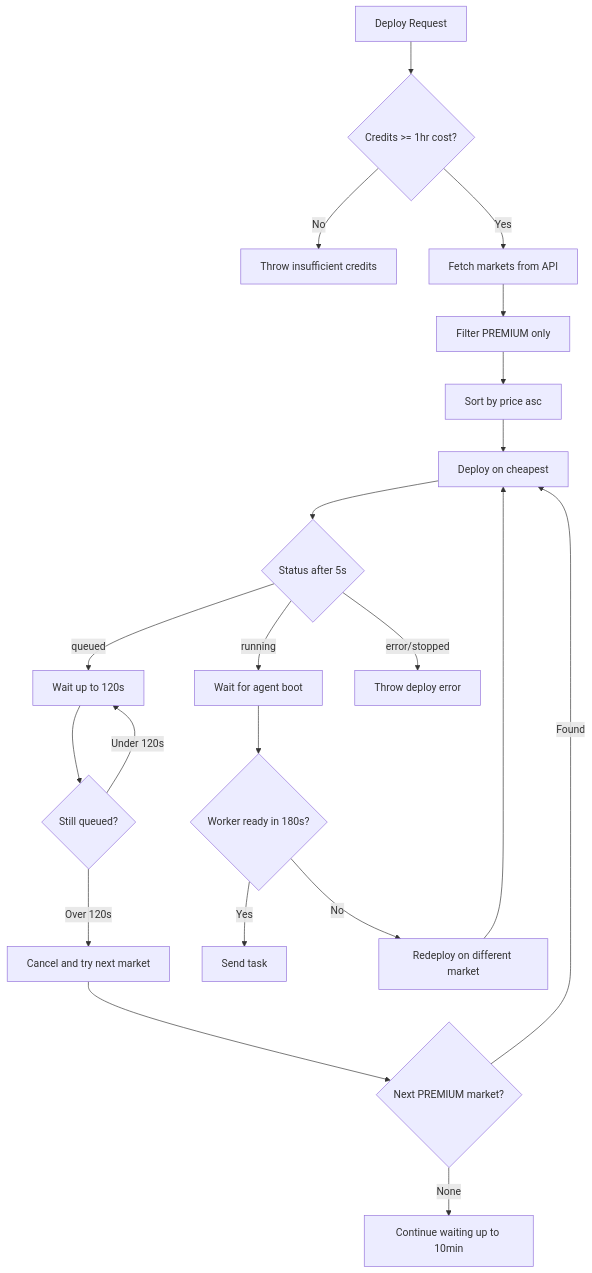
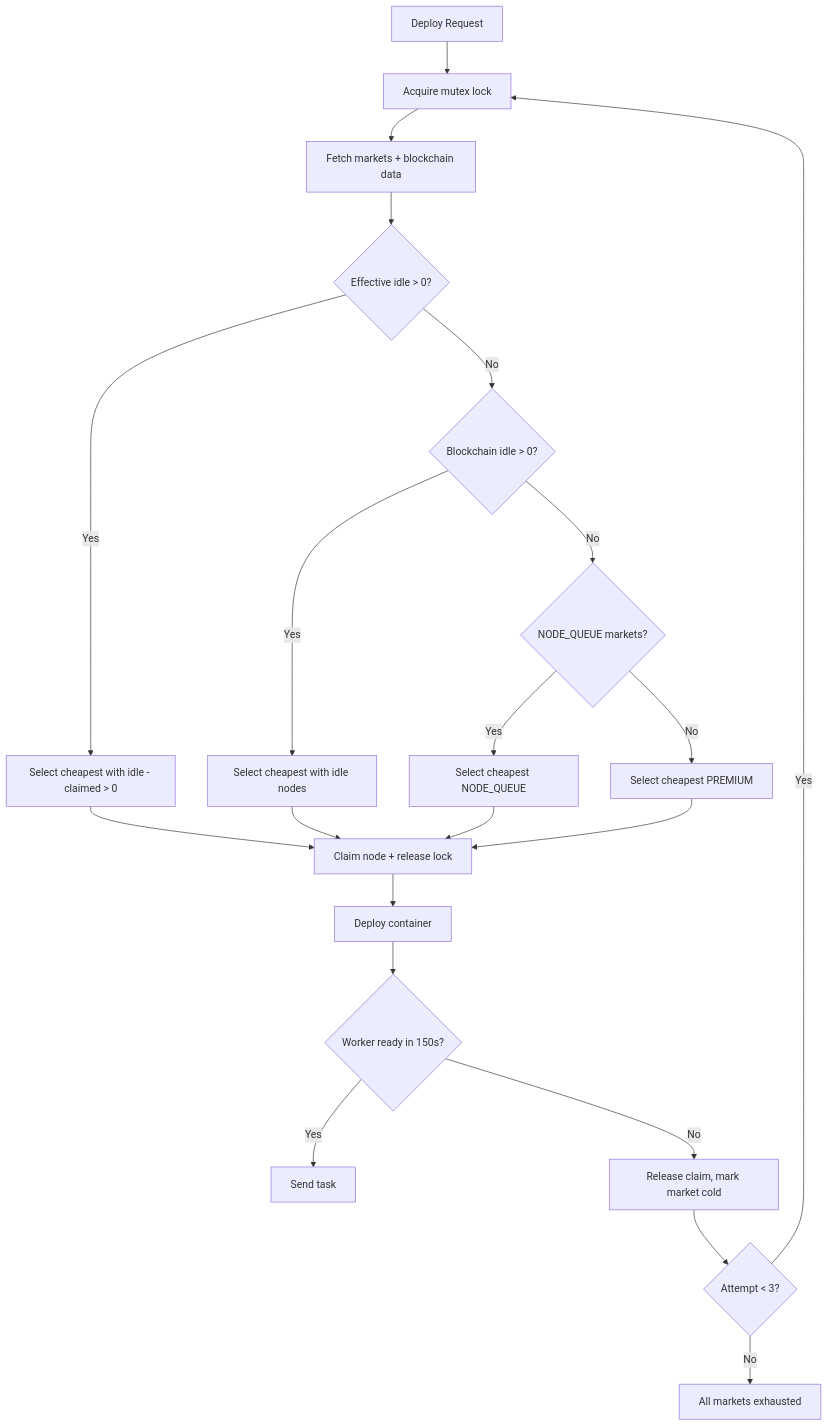
Before and after one commit to Andy00L/agent-challenge-4: the fifth of 5 diagrams in README.md, drawn with Mermaid. The commit also changed other lines of this file and 9 other files, not shown here.

````diff
--- a/README.md
+++ b/README.md
@@ -160,23 +193,23 @@
 ```mermaid
 flowchart TD
-    Start[Deploy Request] --> Credit{Credits >= 1hr cost?}
-    Credit -->|No| Fail[Throw insufficient credits]
-    Credit -->|Yes| Fetch[Fetch markets from API]
-    Fetch --> Filter[Filter PREMIUM only]
-    Filter --> Sort[Sort by price asc]
-    Sort --> Deploy[Deploy on cheapest]
-    Deploy --> Check{Status after 5s}
-    Check -->|running| Ready[Wait for agent boot]
-    Check -->|queued| QueueWait[Wait up to 120s]
-    Check -->|error/stopped| DeployFail[Throw deploy error]
-    QueueWait --> StillQ{Still queued?}
-    StillQ -->|Under 120s| QueueWait
-    StillQ -->|Over 120s| Cancel[Cancel and try next market]
-    Cancel --> NextMarket{Next PREMIUM market?}
-    NextMarket -->|Found| Deploy
-    NextMarket -->|None| KeepWaiting[Continue waiting up to 10min]
-    Ready --> Boot{Worker ready in 180s?}
+    Start[Deploy Request] --> Lock[Acquire mutex lock]
+    Lock --> Fetch[Fetch markets + blockchain data]
+    Fetch --> P1{Effective idle > 0?}
+    P1 -->|Yes| Pick1[Select cheapest with idle - claimed > 0]
+    P1 -->|No| P2{Blockchain idle > 0?}
+    P2 -->|Yes| Pick2[Select cheapest with idle nodes]
+    P2 -->|No| P3{NODE_QUEUE markets?}
+    P3 -->|Yes| Pick3[Select cheapest NODE_QUEUE]
+    P3 -->|No| Pick4[Select cheapest PREMIUM]
+    Pick1 --> Claim[Claim node + release lock]
+    Pick2 --> Claim
+    Pick3 --> Claim
+    Pick4 --> Claim
+    Claim --> Deploy[Deploy container]
+    Deploy --> Boot{Worker ready in 150s?}
     Boot -->|Yes| Execute[Send task]
-    Boot -->|No| Retry[Redeploy on different market]
-    Retry --> Deploy
+    Boot -->|No| Release[Release claim, mark market cold]
+    Release --> Retry{Attempt < 3?}
+    Retry -->|Yes| Lock
+    Retry -->|No| Error[All markets exhausted]
 ```
````
